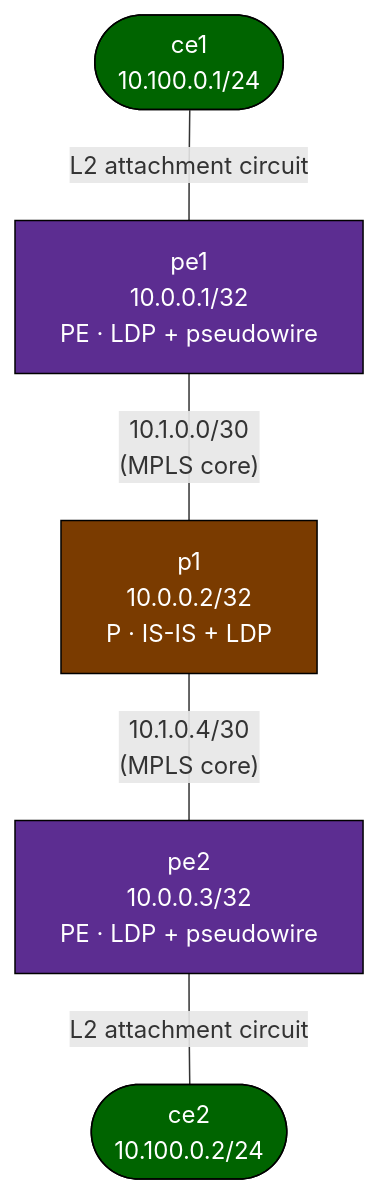
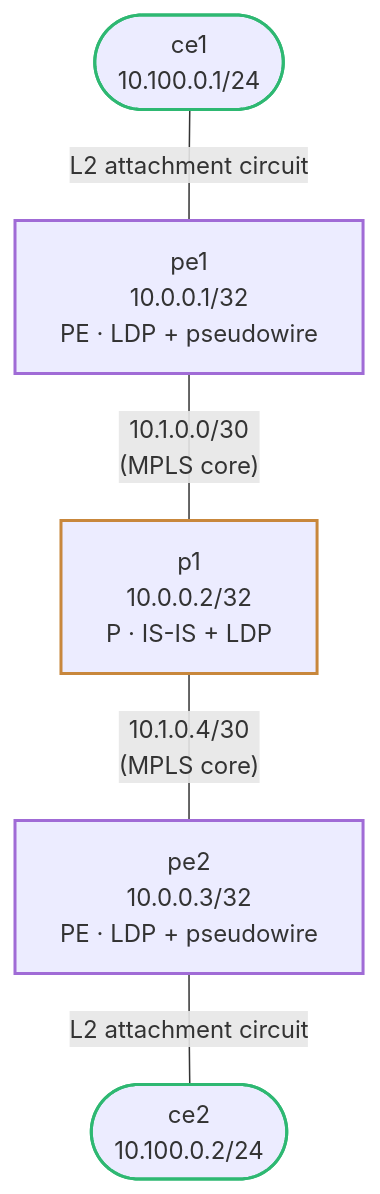
One commit to jschless/networkingLabs changed the first of 2 diagrams in labs/mpls-l2vpn/README.md. Above: the diagram before and after it, drawn with Mermaid. The commit also changed other lines of this file and 250 other files, not shown here.

Commit message:
Fix unreadable topology diagrams, convert ASCII art, publish assessments (#57)

````diff
--- a/labs/mpls-l2vpn/README.md
+++ b/labs/mpls-l2vpn/README.md
@@ -31,21 +31,21 @@
 ```mermaid
 flowchart TB
-    ce1(["ce1\n10.100.0.1/24"])
-    pe1["pe1\n10.0.0.1/32\nPE · LDP + pseudowire"]
-    p1["p1\n10.0.0.2/32\nP · IS-IS + LDP"]
-    pe2["pe2\n10.0.0.3/32\nPE · LDP + pseudowire"]
-    ce2(["ce2\n10.100.0.2/24"])
+    ce1(["ce1<br/>10.100.0.1/24"])
+    pe1["pe1<br/>10.0.0.1/32<br/>PE · LDP + pseudowire"]
+    p1["p1<br/>10.0.0.2/32<br/>P · IS-IS + LDP"]
+    pe2["pe2<br/>10.0.0.3/32<br/>PE · LDP + pseudowire"]
+    ce2(["ce2<br/>10.100.0.2/24"])
 
     ce1 --- |"L2 attachment circuit"| pe1
-    pe1 --- |"10.1.0.0/30\n(MPLS core)"| p1
-    p1 --- |"10.1.0.4/30\n(MPLS core)"| pe2
+    pe1 --- |"10.1.0.0/30<br/>(MPLS core)"| p1
+    p1 --- |"10.1.0.4/30<br/>(MPLS core)"| pe2
     pe2 --- |"L2 attachment circuit"| ce2
 
-    classDef pe     fill:#5c2d91,color:#fff,stroke:#000
-    classDef p      fill:#7a3b00,color:#fff,stroke:#000
-    classDef ce     fill:#006400,color:#fff,stroke:#000
+    classDef pe stroke:#a06bd6,stroke-width:2px
+    classDef p stroke:#c8873c,stroke-width:2px
+    classDef ce stroke:#2eb872,stroke-width:2px
 
     class pe1,pe2 pe
     class p1 p
     class ce1,ce2 ce
 ```
````
